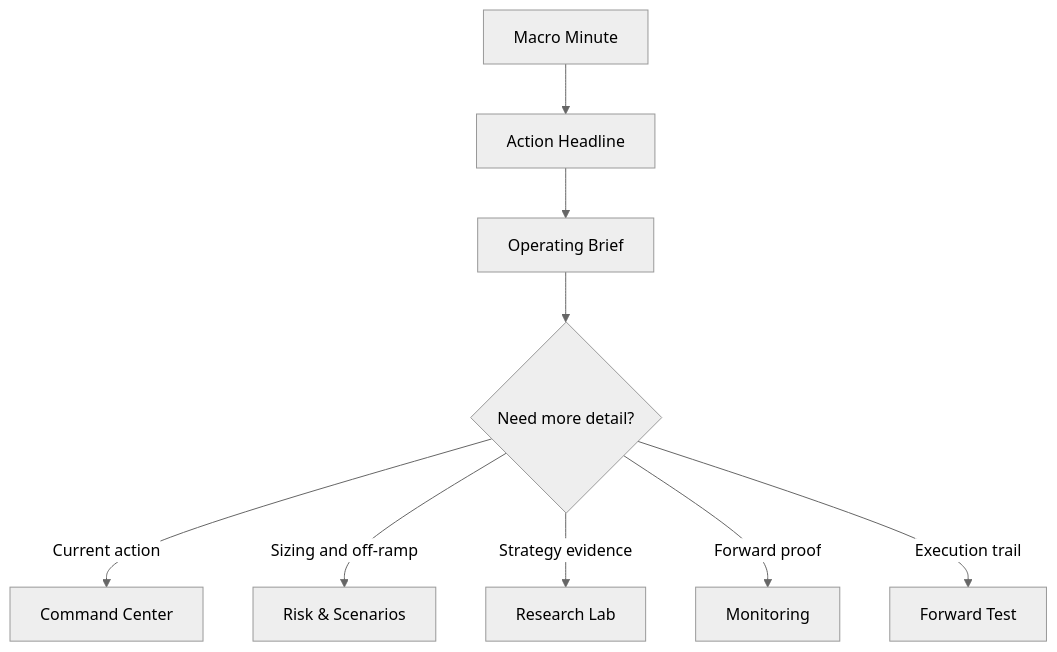
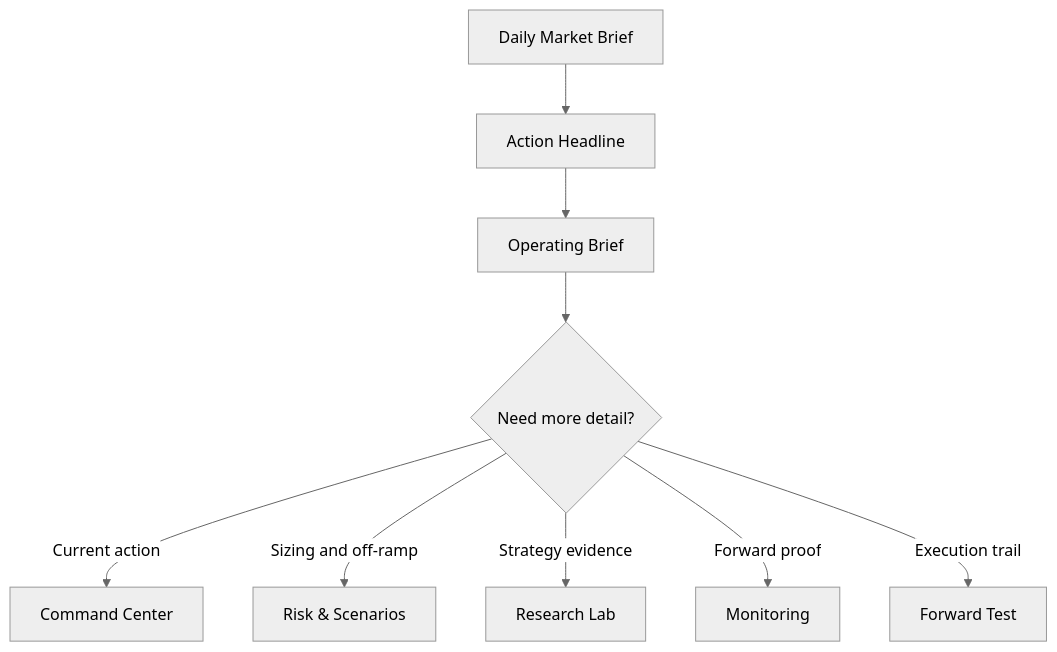
One commit to Jbultema/trade-bot changed the second of 2 diagrams in README.md. Above: the diagram before and after it, drawn with Mermaid (neutral theme). The commit also changed other lines of this file and 12 other files, not shown here.

````diff
--- a/README.md
+++ b/README.md
@@ -133,11 +133,11 @@
 ```mermaid
 flowchart TD
-    A[Macro Minute] --> B[Action Headline]
+    A[Daily Market Brief] --> B[Action Headline]
     B --> C[Operating Brief]
     C --> D{Need more detail?}
     D -->|Current action| E[Command Center]
     D -->|Sizing and off-ramp| F[Risk & Scenarios]
     D -->|Strategy evidence| G[Research Lab]
     D -->|Forward proof| H[Monitoring]
     D -->|Execution trail| I[Forward Test]
 ```
````
